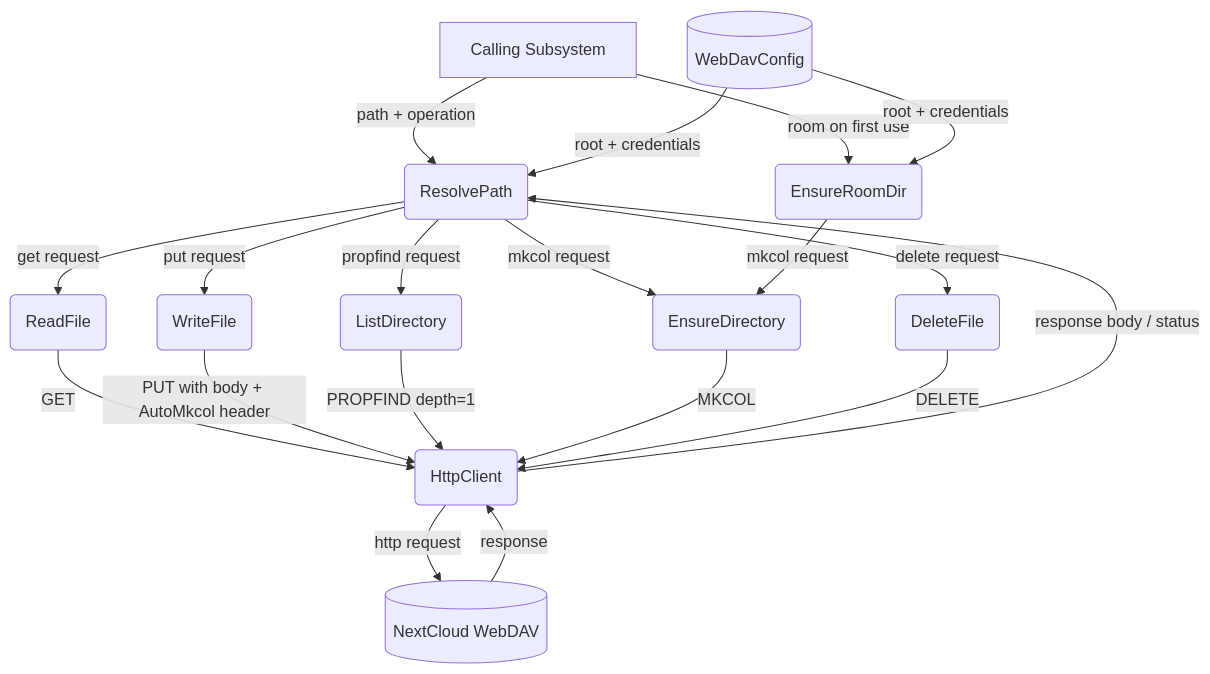
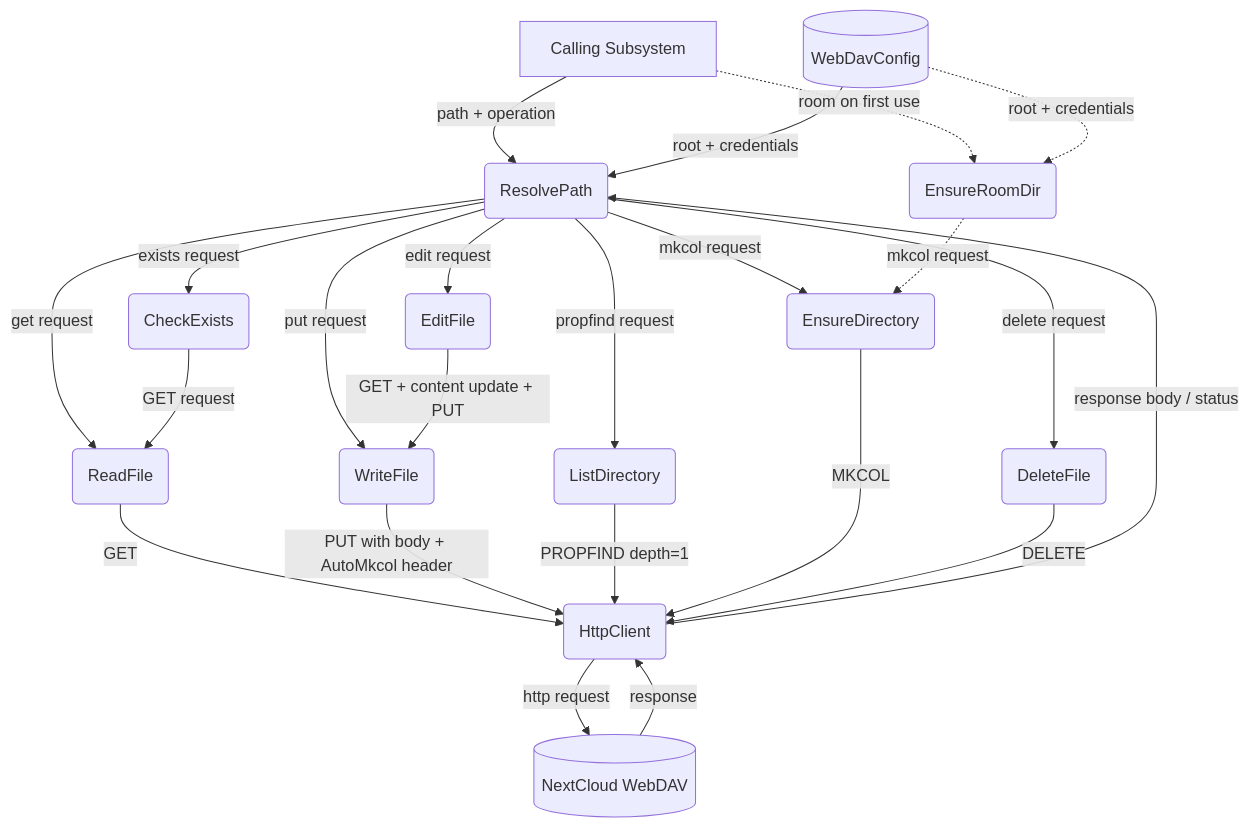
The first of 4 diagrams in _dfds/tools/webdav.md (cosmoswafer/rockbot), drawn with Mermaid before and after one commit. The commit also changed other lines of this file and 11 other files, not shown here.

````diff
--- a/_dfds/tools/webdav.md
+++ b/_dfds/tools/webdav.md
@@ -21,33 +21,39 @@
 ```mermaid
 flowchart TD
     CALLER[Calling Subsystem]
     CFG[(WebDavConfig)]
     RESOLVE(ResolvePath)
     READ(ReadFile)
     WRITE(WriteFile)
     LIST(ListDirectory)
     MKDIR(EnsureDirectory)
     DELETE(DeleteFile)
+    EDIT(EditFile)
+    EXISTS(CheckExists)
     ENSURE(EnsureRoomDir)
     HTTP(HttpClient)
     NC[(NextCloud WebDAV)]
 
     CALLER -->|"path + operation"| RESOLVE
-    CALLER -->|"room on first use"| ENSURE
+    CALLER -.->|"room on first use"| ENSURE
     CFG -->|"root + credentials"| RESOLVE
-    CFG -->|"root + credentials"| ENSURE
+    CFG -.->|"root + credentials"| ENSURE
     RESOLVE -->|"get request"| READ
     RESOLVE -->|"put request"| WRITE
     RESOLVE -->|"propfind request"| LIST
     RESOLVE -->|"mkcol request"| MKDIR
     RESOLVE -->|"delete request"| DELETE
-    ENSURE -->|"mkcol request"| MKDIR
+    RESOLVE -->|"edit request"| EDIT
+    RESOLVE -->|"exists request"| EXISTS
+    EDIT -->|"GET + content update + PUT"| WRITE
+    EXISTS -->|"GET request"| READ
+    ENSURE -.->|"mkcol request"| MKDIR
     READ -->|"GET"| HTTP
     WRITE -->|"PUT with body + AutoMkcol header"| HTTP
     LIST -->|"PROPFIND depth=1"| HTTP
     MKDIR -->|"MKCOL"| HTTP
     DELETE -->|"DELETE"| HTTP
     HTTP -->|"http request"| NC
     NC -->|"response"| HTTP
     HTTP -->|"response body / status"| RESOLVE
 ```
````
